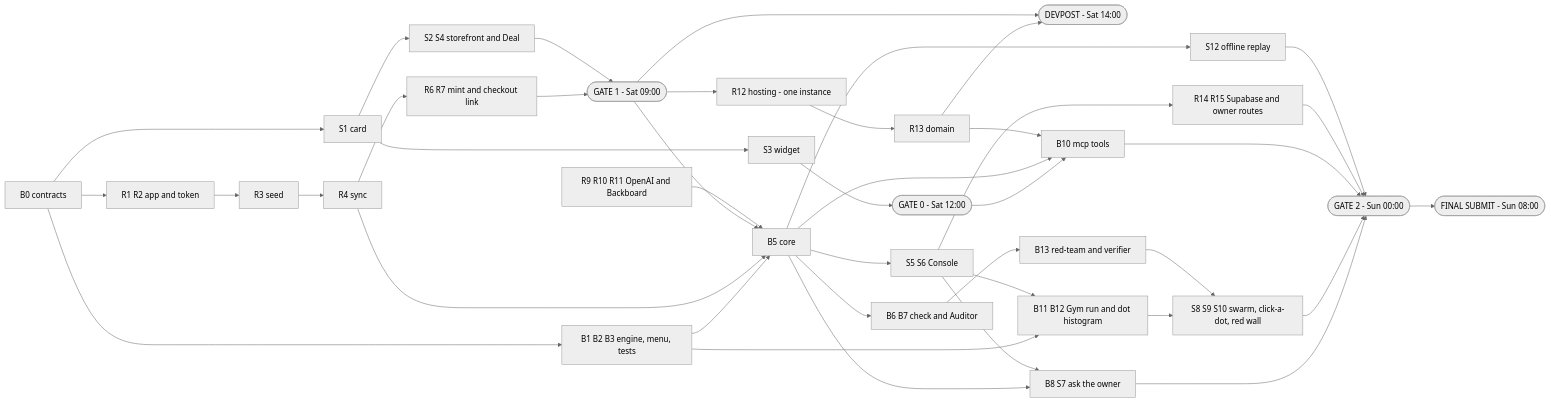
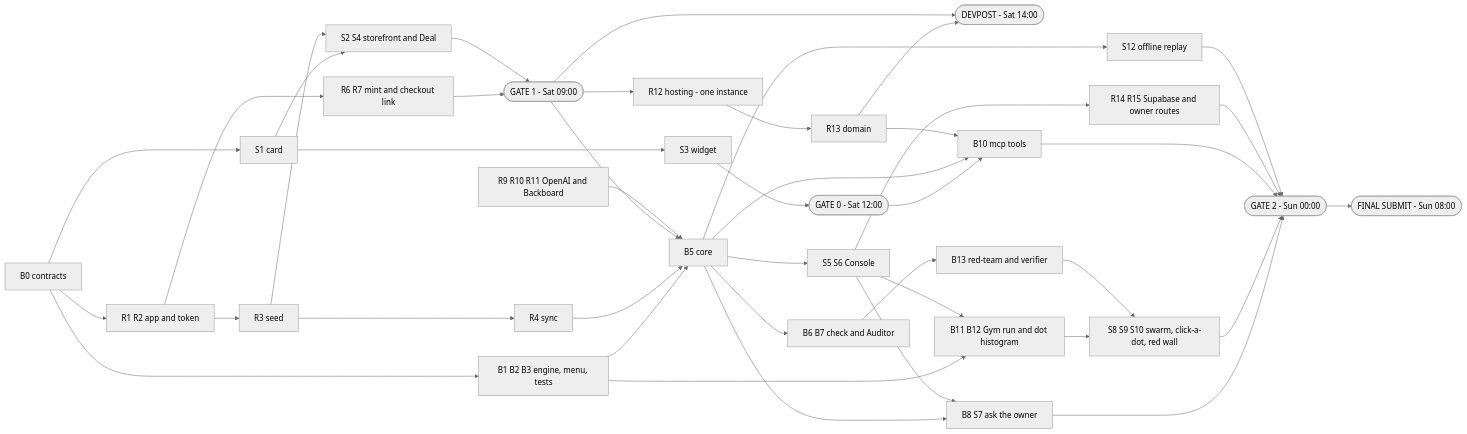
One commit to Maristanez/bazaar changed the diagram in docs/PLAN.md. Above: the diagram before and after it, drawn with Mermaid (neutral theme). The commit also changed other lines of this file and 2 other files, not shown here.

````diff
--- a/docs/PLAN.md
+++ b/docs/PLAN.md
@@ -259,70 +295,71 @@
 ```mermaid
 flowchart LR
   CT["B0 contracts"]
   TOK["R1 R2 app and token"]
   SEED["R3 seed"]
   SYNC["R4 sync"]
   MINT["R6 R7 mint and checkout link"]
   CARD["S1 card"]
   SF["S2 S4 storefront and Deal"]
   G1(["GATE 1 - Sat 09:00"])
   ENG["B1 B2 B3 engine, menu, tests"]
   CORE["B5 core"]
   CHK["B6 B7 check and Auditor"]
   LLM["R9 R10 R11 OpenAI and Backboard"]
   HOST["R12 hosting - one instance"]
   DOM["R13 domain"]
   WID["S3 widget"]
   G0(["GATE 0 - Sat 12:00"])
   DP(["DEVPOST - Sat 14:00"])
   CON["S5 S6 Console"]
   SUPA["R14 R15 Supabase and owner routes"]
   ASK["B8 S7 ask the owner"]
   GYM["B11 B12 Gym run and dot histogram"]
   SWARM["S8 S9 S10 swarm, click-a-dot, red wall"]
   RT["B13 red-team and verifier"]
   MCP["B10 mcp tools"]
   REP["S12 offline replay"]
   G2(["GATE 2 - Sun 00:00"])
   SUB(["FINAL SUBMIT - Sun 08:00"])
 
   CT --> TOK
   CT --> CARD
   CT --> ENG
   TOK --> SEED
   SEED --> SYNC
-  SYNC --> MINT
+  TOK --> MINT
   CARD --> SF
   MINT --> G1
   SF --> G1
+  SEED --> SF
   CARD --> WID
   WID --> G0
   ENG --> CORE
   SYNC --> CORE
   G1 --> CORE
   LLM --> CORE
   CORE --> CHK
   G1 --> HOST
   HOST --> DOM
   DOM --> DP
   G1 --> DP
   CORE --> CON
   CON --> SUPA
   CORE --> ASK
   CON --> ASK
   ENG --> GYM
   CON --> GYM
   GYM --> SWARM
   CHK --> RT
   RT --> SWARM
   G0 --> MCP
   CORE --> MCP
   DOM --> MCP
   CORE --> REP
   ASK --> G2
   SWARM --> G2
   MCP --> G2
   SUPA --> G2
   REP --> G2
   G2 --> SUB
 ```
````
